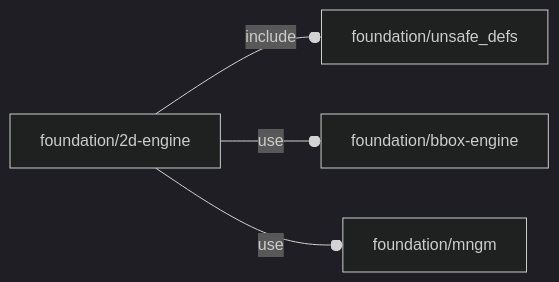
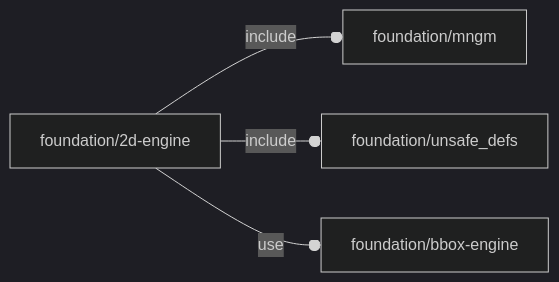
The diagram in orthodocs/foundation/2d-engine.md (ggabbiani/OFL), drawn with Mermaid (dark theme) before and after one commit. The commit also changed 26 other files, not shown here.

````diff
--- a/orthodocs/foundation/2d-engine.md
+++ b/orthodocs/foundation/2d-engine.md
@@ -5,6 +5,6 @@
 ```mermaid
 graph LR
-    A1[foundation/2d-engine] --o|include| A2[foundation/unsafe_defs]
-    A1 --o|use| A3[foundation/bbox-engine]
-    A1 --o|use| A4[foundation/mngm]
+    A1[foundation/2d-engine] --o|include| A2[foundation/mngm]
+    A1 --o|include| A3[foundation/unsafe_defs]
+    A1 --o|use| A4[foundation/bbox-engine]
 ```
````
